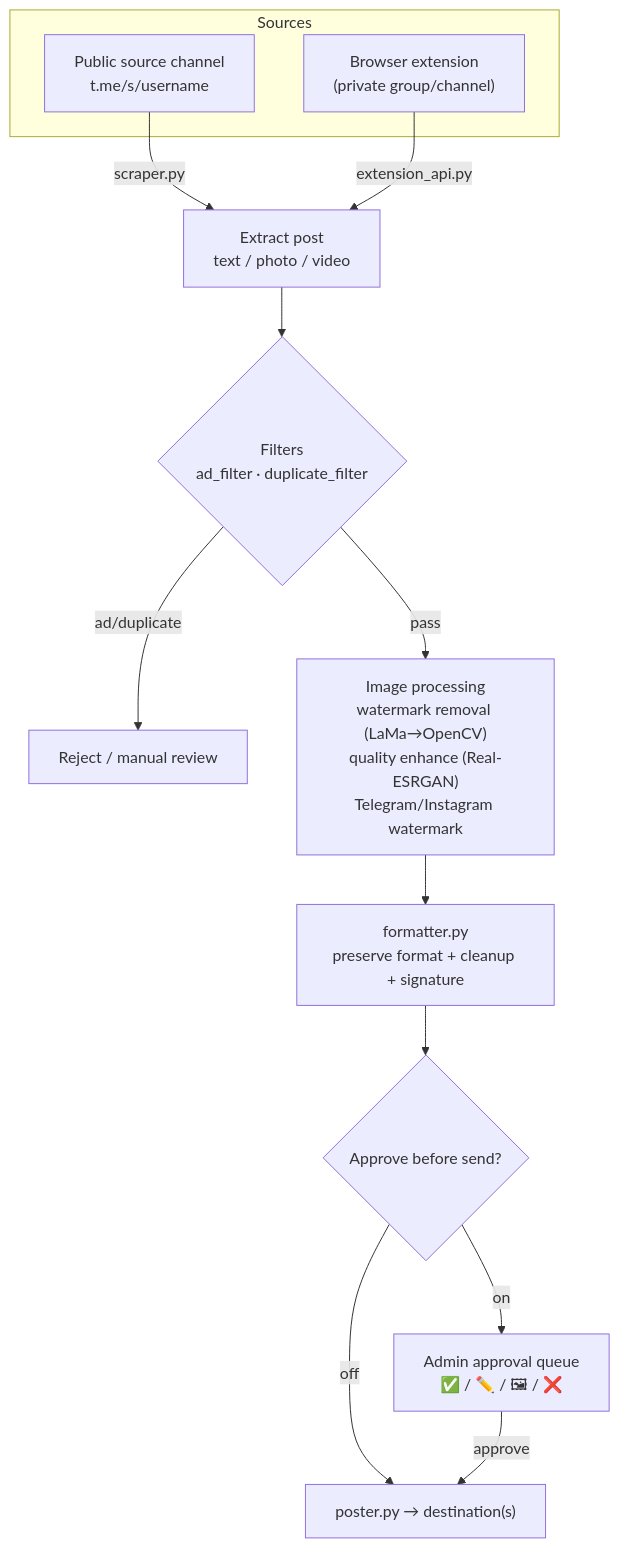
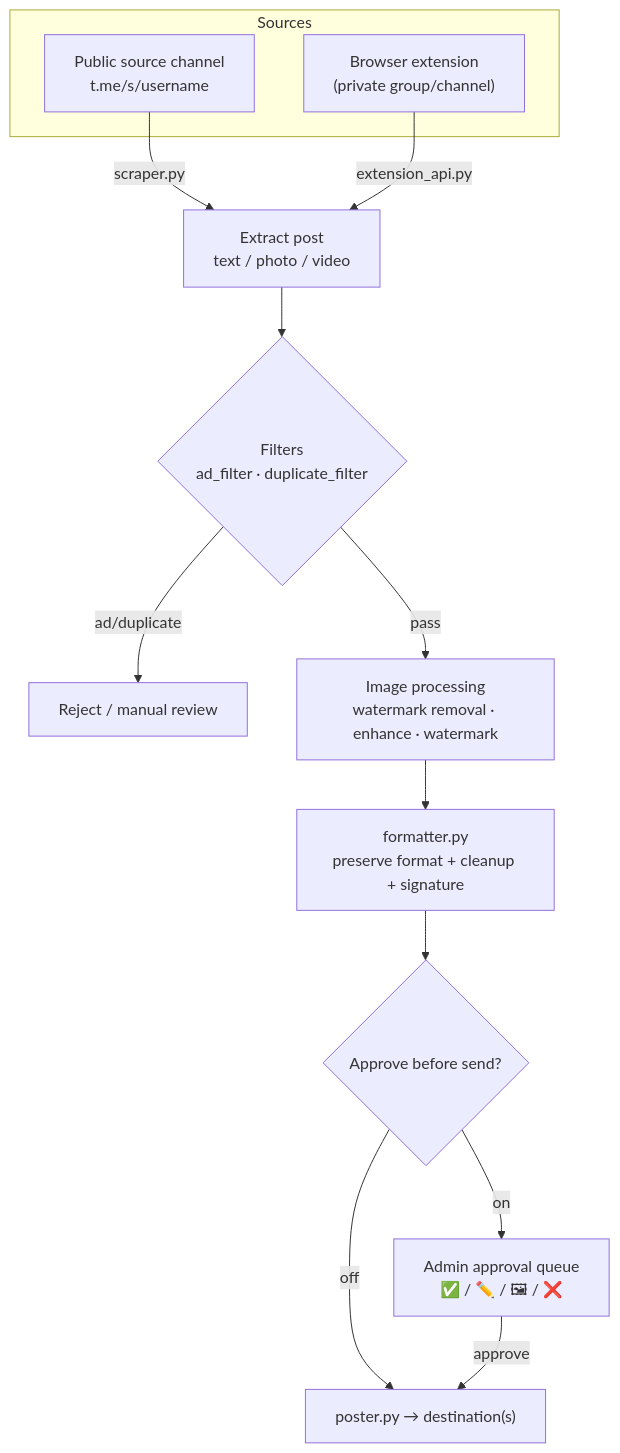
Before and after one commit to LiQTeam/telegram-repost: the diagram in README.en.md, drawn with Mermaid. The commit also changed other lines of this file and 7 other files, not shown here.

````diff
--- a/README.en.md
+++ b/README.en.md
@@ -129,17 +128,17 @@
 ```mermaid
 flowchart TD
     subgraph SRC["Sources"]
         A["Public source channel<br/>t.me/s/username"]
         EXT["Browser extension<br/>(private group/channel)"]
     end
     A -->|scraper.py| P["Extract post<br/>text / photo / video"]
     EXT -->|extension_api.py| P
     P --> F{"Filters<br/>ad_filter · duplicate_filter"}
     F -->|ad/duplicate| X["Reject / manual review"]
-    F -->|pass| IMG["Image processing<br/>watermark removal (LaMa→OpenCV)<br/>quality enhance (Real-ESRGAN)<br/>Telegram/Instagram watermark"]
+    F -->|pass| IMG["Image processing<br/>watermark removal · enhance · watermark"]
     IMG --> FMT["formatter.py<br/>preserve format + cleanup + signature"]
     FMT --> Q{"Approve before send?"}
     Q -->|on| REV["Admin approval queue<br/>✅ / ✏️ / 🖼 / ❌"]
     Q -->|off| OUT["poster.py → destination(s)"]
     REV -->|approve| OUT
 ```
````
